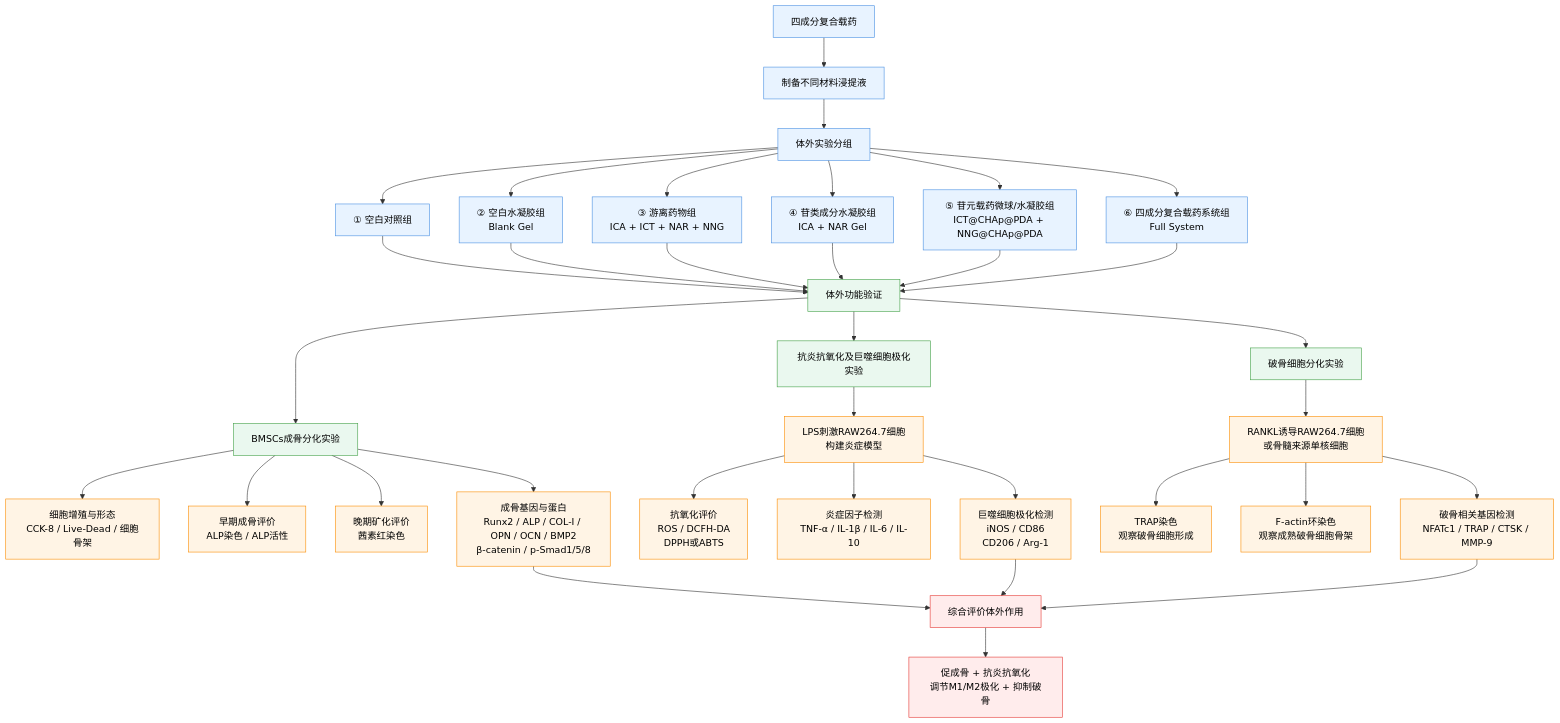
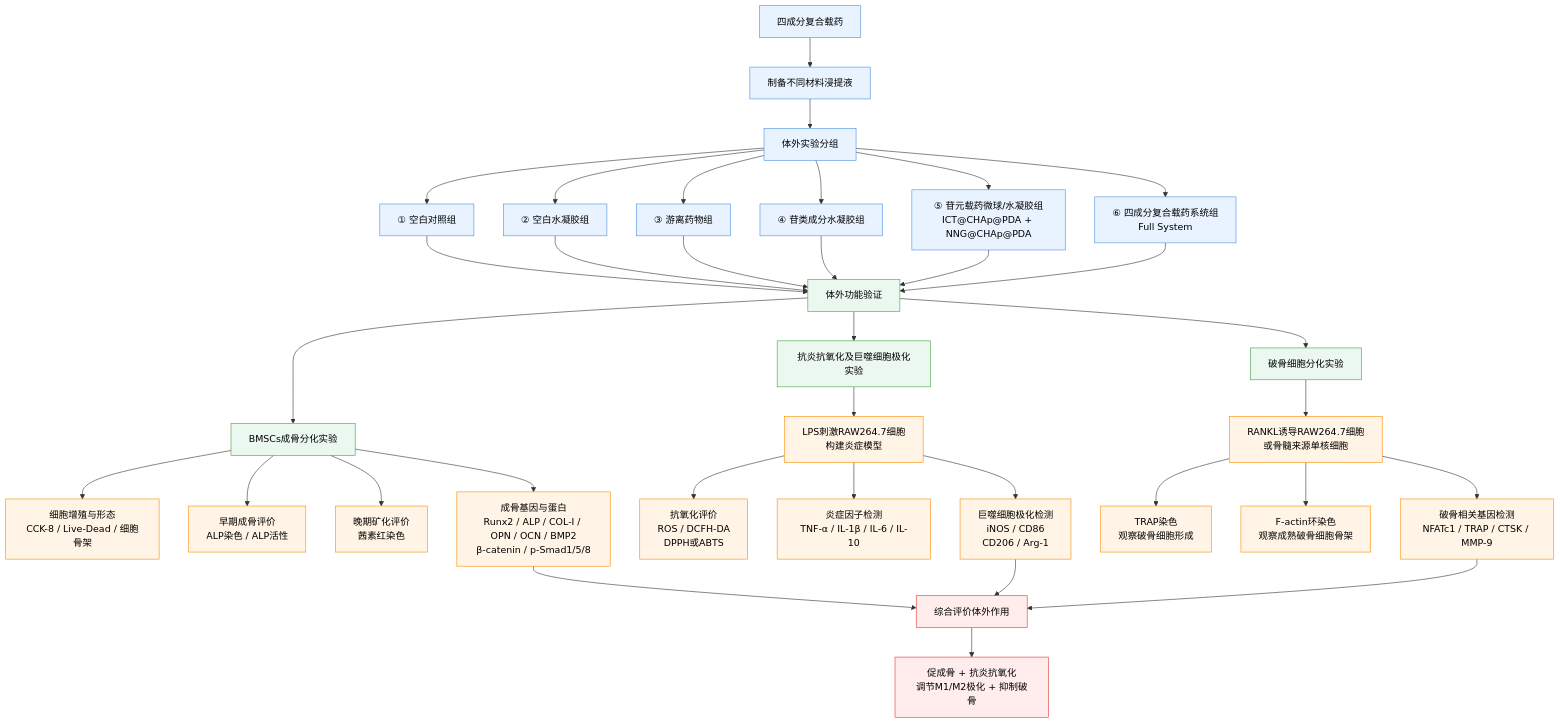
The diagram in all/未命名-2.md (Yaotian99/iodraw-files), drawn with Mermaid before and after one commit.

Commit message:
2026-06-24 10:20:24 update

````diff
--- a/all/未命名-2.md
+++ b/all/未命名-2.md
@@ -1,54 +1,54 @@
 ```mermaid
 graph TD
 
 A[四成分复合载药] --> B[制备不同材料浸提液]
 
 B --> C[体外实验分组]
 
 C --> C1[① 空白对照组]
-C --> C2[② 空白水凝胶组<br/>Blank Gel]
-C --> C3[③ 游离药物组<br/>ICA + ICT + NAR + NNG]
-C --> C4[④ 苷类成分水凝胶组<br/>ICA + NAR Gel]
+C --> C2[② 空白水凝胶组]
+C --> C3[③ 游离药物组]
+C --> C4[④ 苷类成分水凝胶组]
 C --> C5[⑤ 苷元载药微球/水凝胶组<br/>ICT@CHAp@PDA + NNG@CHAp@PDA]
 C --> C6[⑥ 四成分复合载药系统组<br/>Full System]
 
 C1 --> D[体外功能验证]
 C2 --> D
 C3 --> D
 C4 --> D
 C5 --> D
 C6 --> D
 
 D --> E1[BMSCs成骨分化实验]
 E1 --> E11[细胞增殖与形态<br/>CCK-8 / Live-Dead / 细胞骨架]
 E1 --> E12[早期成骨评价<br/>ALP染色 / ALP活性]
 E1 --> E13[晚期矿化评价<br/>茜素红染色]
 E1 --> E14[成骨基因与蛋白<br/>Runx2 / ALP / COL-I / OPN / OCN / BMP2<br/>β-catenin / p-Smad1/5/8]
 
 D --> F1[抗炎抗氧化及巨噬细胞极化实验]
 F1 --> F11[LPS刺激RAW264.7细胞<br/>构建炎症模型]
 F11 --> F12[抗氧化评价<br/>ROS / DCFH-DA<br/>DPPH或ABTS]
 F11 --> F13[炎症因子检测<br/>TNF-α / IL-1β / IL-6 / IL-10]
 F11 --> F14[巨噬细胞极化检测<br/>iNOS / CD86<br/>CD206 / Arg-1]
 
 D --> G1[破骨细胞分化实验]
 G1 --> G11[RANKL诱导RAW264.7细胞<br/>或骨髓来源单核细胞]
 G11 --> G12[TRAP染色<br/>观察破骨细胞形成]
 G11 --> G13[F-actin环染色<br/>观察成熟破骨细胞骨架]
 G11 --> G14[破骨相关基因检测<br/>NFATc1 / TRAP / CTSK / MMP-9]
 
 E14 --> H[综合评价体外作用]
 F14 --> H
 G14 --> H
 H --> I[促成骨 + 抗炎抗氧化<br/>调节M1/M2极化 + 抑制破骨]
 
 classDef group fill:#E8F3FF,stroke:#4A90E2,stroke-width:1px,color:#000;
 classDef vitro fill:#EAF8EF,stroke:#43A047,stroke-width:1px,color:#000;
 classDef assay fill:#FFF4E5,stroke:#FB8C00,stroke-width:1px,color:#000;
 classDef result fill:#FFECEC,stroke:#E53935,stroke-width:1px,color:#000;
 
 class A,B,C,C1,C2,C3,C4,C5,C6 group;
 class D,E1,F1,G1 vitro;
 class E11,E12,E13,E14,F11,F12,F13,F14,G11,G12,G13,G14 assay;
 class H,I result;
 ```
````
